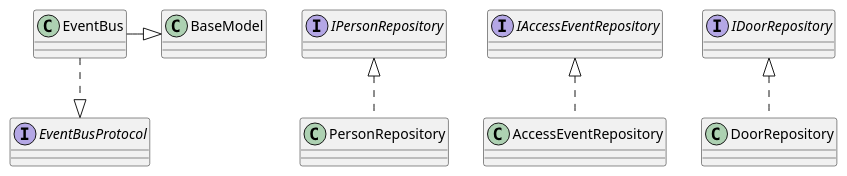
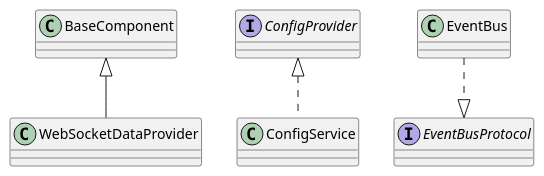
One commit to WSG23/yosai_intel_dashboard_fresh changed the diagram in docs/architecture/class_hierarchy.puml. Above: the diagram before and after it, drawn with PlantUML. The commit also changed 12 other files, not shown here.

Commit message:
Add migration guidance, ADR updates, UML diagrams and tests for core components

```diff
--- a/docs/architecture/class_hierarchy.puml
+++ b/docs/architecture/class_hierarchy.puml
@@ -1,19 +1,13 @@
 @startuml
-class BaseModel
+class BaseComponent
+class WebSocketDataProvider
+BaseComponent <|-- WebSocketDataProvider
+
+interface ConfigProvider
+class ConfigService
+ConfigProvider <|.. ConfigService
+
 interface EventBusProtocol
 class EventBus
-EventBus -|> BaseModel
 EventBus ..|> EventBusProtocol
-
-interface IPersonRepository
-class PersonRepository
-IPersonRepository <|.. PersonRepository
-
-interface IAccessEventRepository
-class AccessEventRepository
-IAccessEventRepository <|.. AccessEventRepository
-
-interface IDoorRepository
-class DoorRepository
-IDoorRepository <|.. DoorRepository
 @enduml
```
